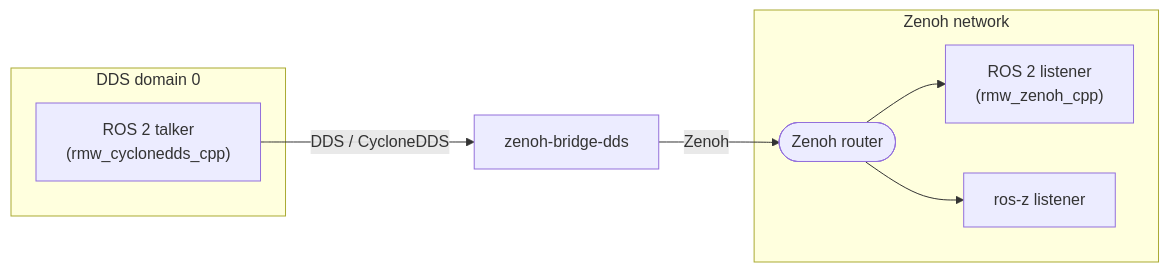
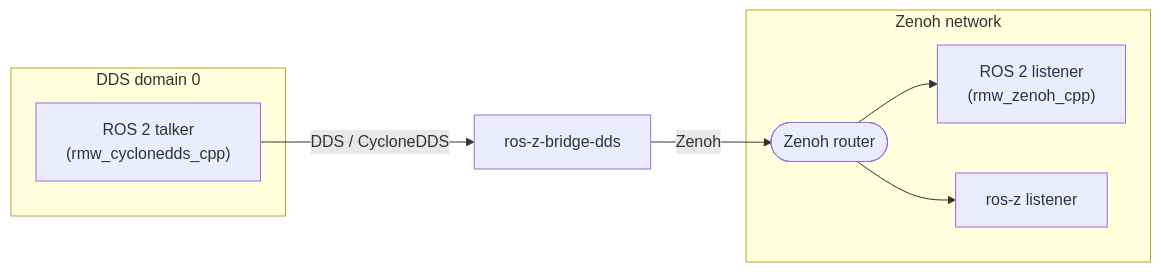
Before and after one commit to ZettaScaleLabs/ros-z: the first of 2 diagrams in docs/user-guide/dds-bridge.md, drawn with Mermaid. The commit also changed other lines of this file and 4 other files, not shown here.

Commit message:
refactor(ros-z-bridge-dds): rename binary from zenoh-bridge-dds to ros-z-bridge-dds

````diff
--- a/docs/user-guide/dds-bridge.md
+++ b/docs/user-guide/dds-bridge.md
@@ -12,26 +12,26 @@
 ```mermaid
 graph LR
-accTitle: zenoh-bridge-dds connecting a DDS domain to a Zenoh network
+accTitle: ros-z-bridge-dds connecting a DDS domain to a Zenoh network
 accDescr: A ROS 2 talker uses rmw_cyclonedds_cpp to publish into DDS domain 0. The bridge subscribes in domain 0 and republishes on a Zenoh key expression. A ros-z listener and an rmw_zenoh_cpp listener both receive the message from the Zenoh router.
 
     talker["ROS 2 talker<br>(rmw_cyclonedds_cpp)"]
     listener_cpp["ROS 2 listener<br>(rmw_zenoh_cpp)"]
     listener_rz["ros-z listener"]
 
     subgraph DDS ["DDS domain 0"]
         talker
     end
 
-    bridge["zenoh-bridge-dds"]
+    bridge["ros-z-bridge-dds"]
 
     subgraph Zenoh ["Zenoh network"]
         router(["Zenoh router"])
         listener_cpp
         listener_rz
     end
 
     talker -- "DDS / CycloneDDS" --> bridge
     bridge -- "Zenoh" --> router
     router --> listener_cpp
     router --> listener_rz
 ```
````
